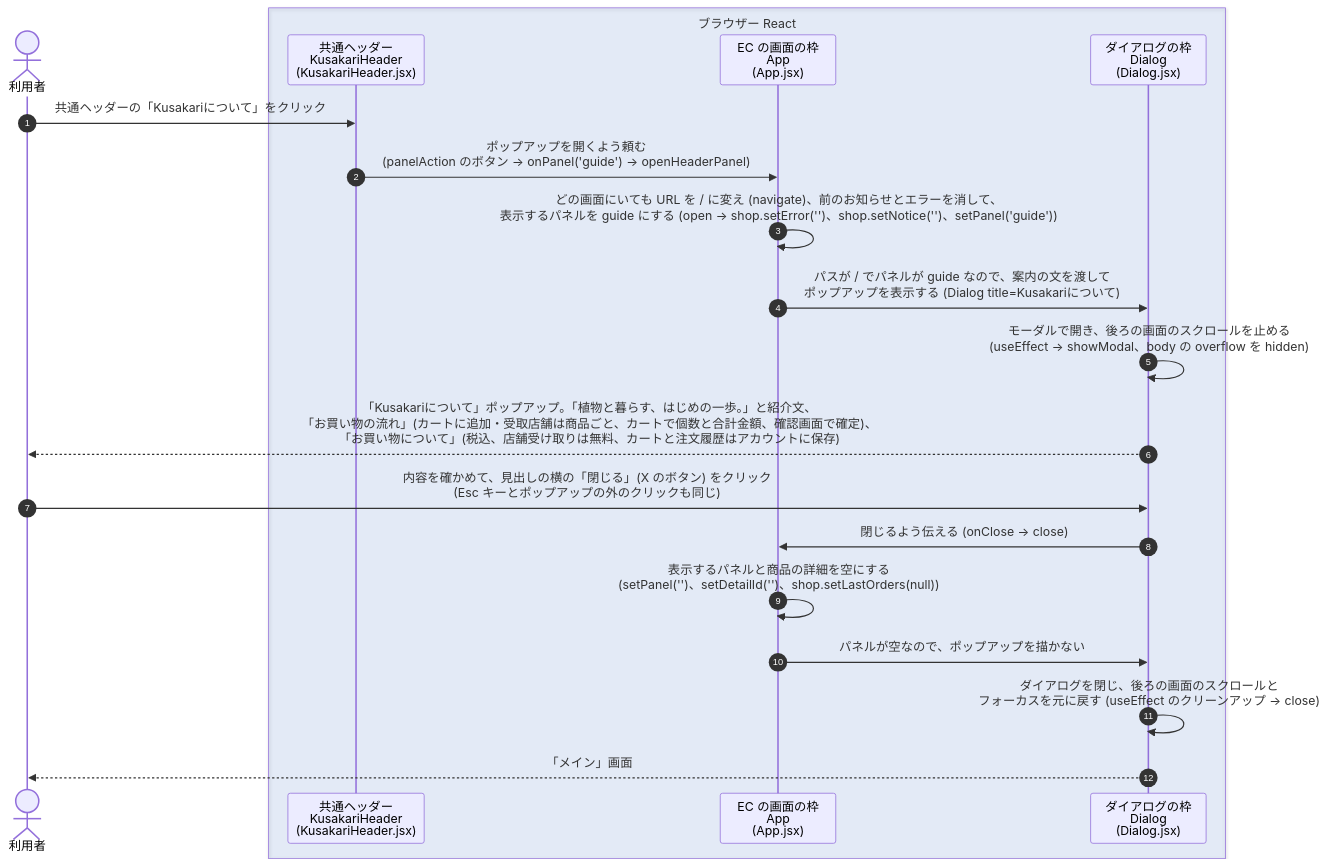
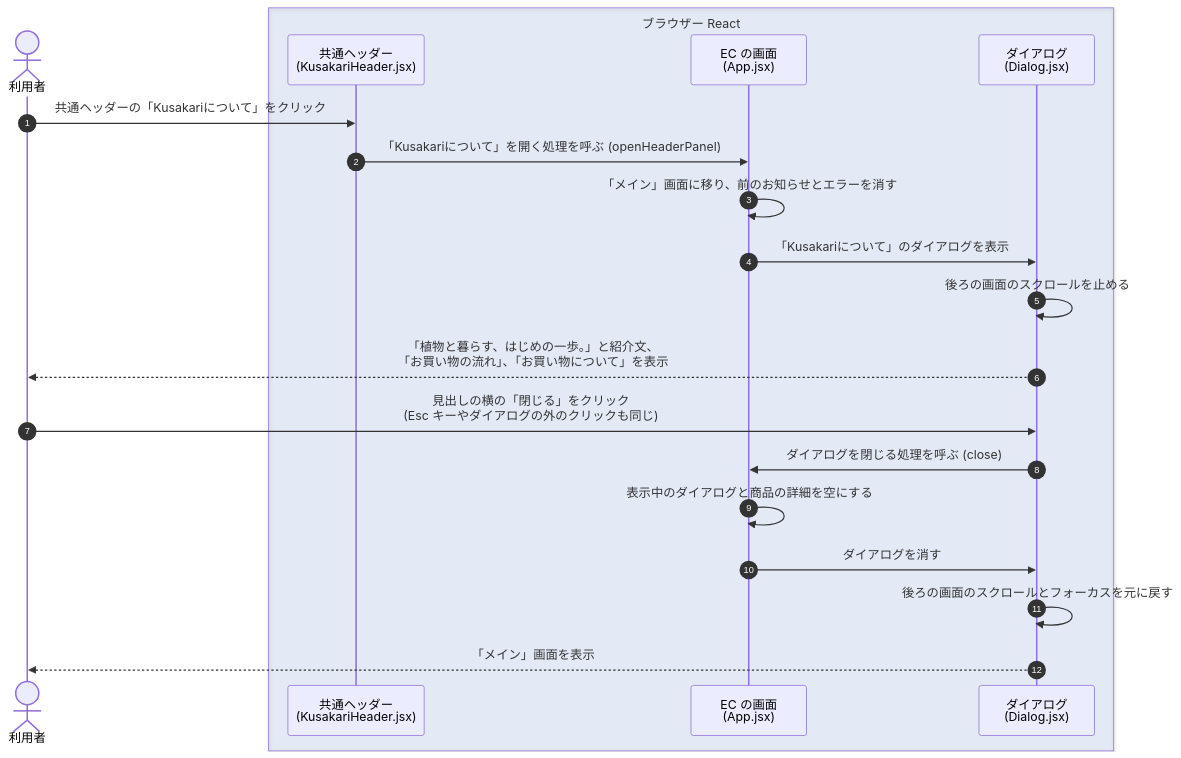
One commit to abeouga/kusakari-document changed the diagram in シーケンス図/kusakari-ec/EC-B23_利用ガイド・利用方法を確認する.md. Above: the diagram before and after it, drawn with Mermaid. The commit also changed 94 other files, not shown here.

First line of the commit message:
EC のシーケンス図を、手で直した EC-A01〜A06 の書き方にそろえて短くする

````diff
--- a/シーケンス図/kusakari-ec/EC-B23_利用ガイド・利用方法を確認する.md
+++ b/シーケンス図/kusakari-ec/EC-B23_利用ガイド・利用方法を確認する.md
@@ -3,24 +3,24 @@
 ```mermaid
 sequenceDiagram
     autonumber
     actor User as 利用者
     box rgba(47,111,219,0.10) ブラウザー React
-        participant Header as 共通ヘッダー<br/>KusakariHeader<br/>(KusakariHeader.jsx)
-        participant App as EC の画面の枠<br/>App<br/>(App.jsx)
-        participant Dlg as ダイアログの枠<br/>Dialog<br/>(Dialog.jsx)
+        participant Header as 共通ヘッダー<br/>(KusakariHeader.jsx)
+        participant App as EC の画面<br/>(App.jsx)
+        participant Dlg as ダイアログ<br/>(Dialog.jsx)
     end
 
     User->>Header: 共通ヘッダーの「Kusakariについて」をクリック
-    Header->>App: ポップアップを開くよう頼む<br/>(panelAction のボタン → onPanel('guide') → openHeaderPanel)
-    App->>App: どの画面にいても URL を / に変え (navigate)、前のお知らせとエラーを消して、<br/>表示するパネルを guide にする (open → shop.setError('')、shop.setNotice('')、setPanel('guide'))
-    App->>Dlg: パスが / でパネルが guide なので、案内の文を渡して<br/>ポップアップを表示する (Dialog title=Kusakariについて)
-    Dlg->>Dlg: モーダルで開き、後ろの画面のスクロールを止める<br/>(useEffect → showModal、body の overflow を hidden)
-    Dlg-->>User: 「Kusakariについて」ポップアップ。「植物と暮らす、はじめの一歩。」と紹介文、<br/>「お買い物の流れ」(カートに追加・受取店舗は商品ごと、カートで個数と合計金額、確認画面で確定)、<br/>「お買い物について」(税込、店舗受け取りは無料、カートと注文履歴はアカウントに保存)
+    Header->>App: 「Kusakariについて」を開く処理を呼ぶ (openHeaderPanel)
+    App->>App: 「メイン」画面に移り、前のお知らせとエラーを消す
+    App->>Dlg: 「Kusakariについて」のダイアログを表示
+    Dlg->>Dlg: 後ろの画面のスクロールを止める
+    Dlg-->>User: 「植物と暮らす、はじめの一歩。」と紹介文、<br/>「お買い物の流れ」、「お買い物について」を表示
 
-    User->>Dlg: 内容を確かめて、見出しの横の「閉じる」(X のボタン) をクリック<br/>(Esc キーとポップアップの外のクリックも同じ)
-    Dlg->>App: 閉じるよう伝える (onClose → close)
-    App->>App: 表示するパネルと商品の詳細を空にする<br/>(setPanel('')、setDetailId('')、shop.setLastOrders(null))
-    App->>Dlg: パネルが空なので、ポップアップを描かない
-    Dlg->>Dlg: ダイアログを閉じ、後ろの画面のスクロールと<br/>フォーカスを元に戻す (useEffect のクリーンアップ → close)
-    Dlg-->>User: 「メイン」画面
+    User->>Dlg: 見出しの横の「閉じる」をクリック<br/>(Esc キーやダイアログの外のクリックも同じ)
+    Dlg->>App: ダイアログを閉じる処理を呼ぶ (close)
+    App->>App: 表示中のダイアログと商品の詳細を空にする
+    App->>Dlg: ダイアログを消す
+    Dlg->>Dlg: 後ろの画面のスクロールとフォーカスを元に戻す
+    Dlg-->>User: 「メイン」画面を表示
 ```
````
